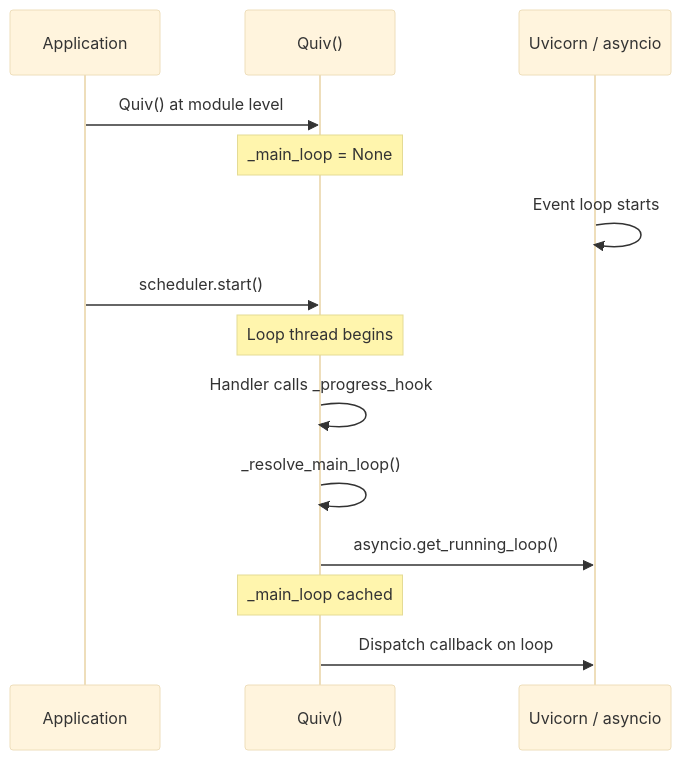
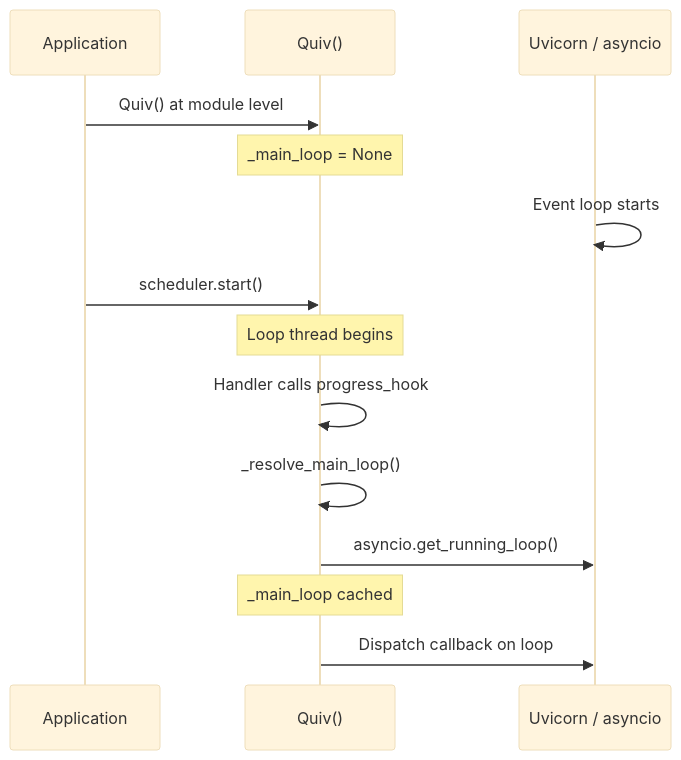
Before and after one commit to nandyalu/quiv: the second of 3 diagrams in docs/progress-callbacks.md, drawn with Mermaid (base theme). The commit also changed other lines of this file and 31 other files, not shown here.

````diff
--- a/docs/progress-callbacks.md
+++ b/docs/progress-callbacks.md
@@ -38,17 +38,17 @@
 ```mermaid
 sequenceDiagram
     participant App as Application
     participant Q as Quiv()
     participant UV as Uvicorn / asyncio
 
     App->>Q: Quiv() at module level
     Note over Q: _main_loop = None
     UV->>UV: Event loop starts
     App->>Q: scheduler.start()
     Note over Q: Loop thread begins
-    Q->>Q: Handler calls _progress_hook
+    Q->>Q: Handler calls progress_hook
     Q->>Q: _resolve_main_loop()
     Q->>UV: asyncio.get_running_loop()
     Note over Q: _main_loop cached
     Q->>UV: Dispatch callback on loop
 ```
````
